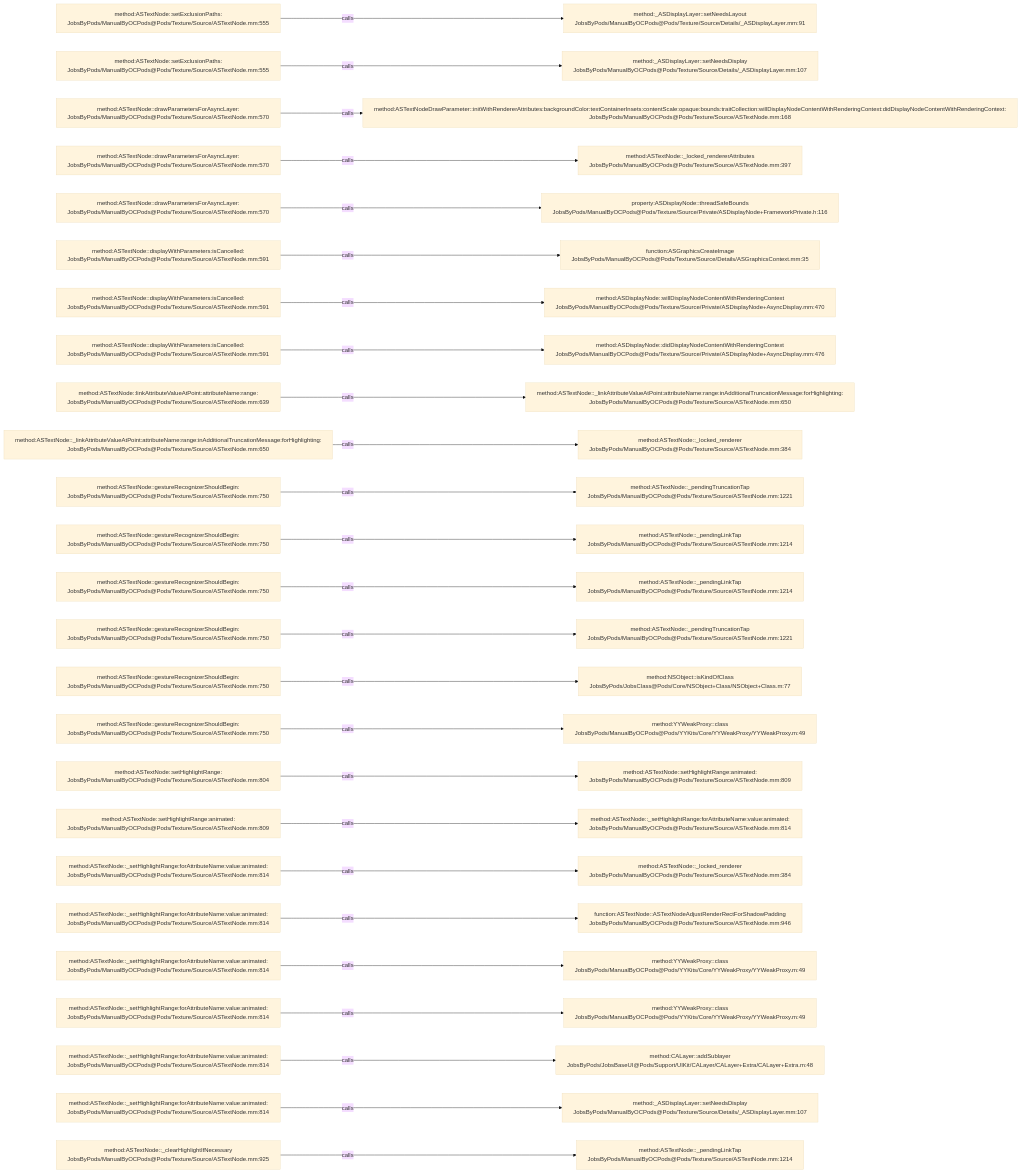
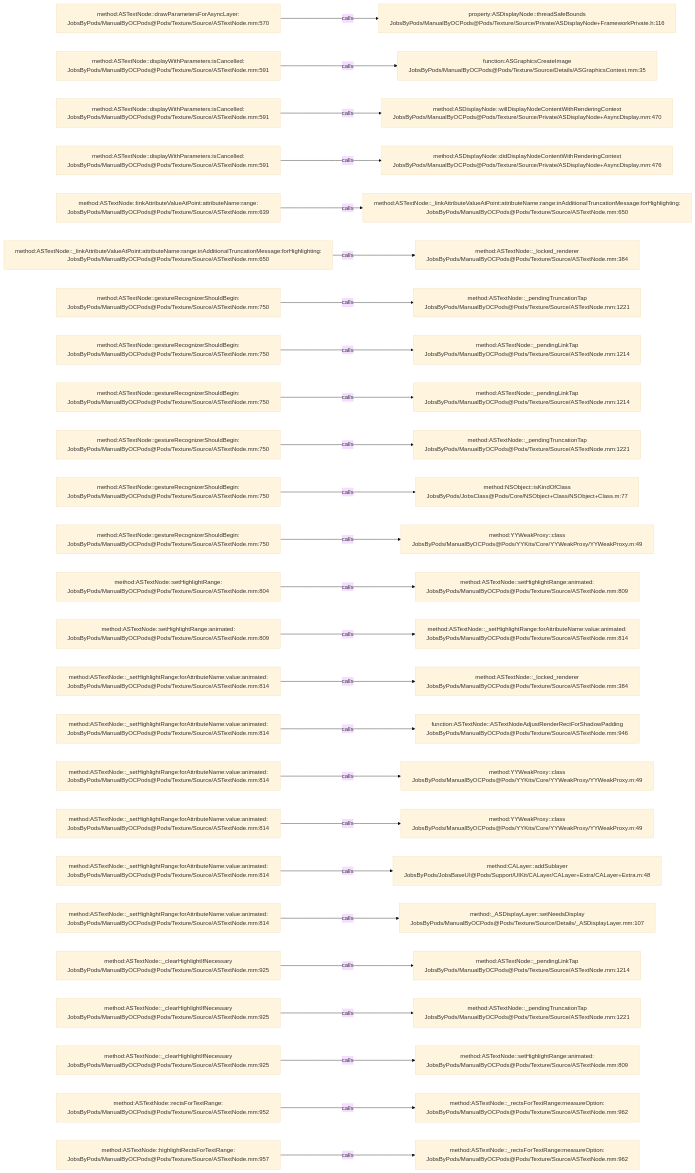
One commit to JobsKits/JobsOCBaseConfigDemo changed the diagram in .codegraph/codegraph.md/graphs/calls-133.md. Above: the diagram before and after it, drawn with Mermaid (base theme). The commit also changed 727 other files, not shown here.

````diff
--- a/.codegraph/codegraph.md/graphs/calls-133.md
+++ b/.codegraph/codegraph.md/graphs/calls-133.md
@@ -13,78 +13,78 @@
 ```mermaid
 flowchart LR
-  S1["method:ASTextNode::setExclusionPaths:<br/>JobsByPods/ManualByOCPods@Pods/Texture/Source/ASTextNode.mm:555"]
-  T1["method:_ASDisplayLayer::setNeedsLayout<br/>JobsByPods/ManualByOCPods@Pods/Texture/Source/Details/_ASDisplayLayer.mm:91"]
+  S1["method:ASTextNode::drawParametersForAsyncLayer:<br/>JobsByPods/ManualByOCPods@Pods/Texture/Source/ASTextNode.mm:570"]
+  T1["property:ASDisplayNode::threadSafeBounds<br/>JobsByPods/ManualByOCPods@Pods/Texture/Source/Private/ASDisplayNode+FrameworkPrivate.h:116"]
   S1 -->|calls| T1
-  S2["method:ASTextNode::setExclusionPaths:<br/>JobsByPods/ManualByOCPods@Pods/Texture/Source/ASTextNode.mm:555"]
-  T2["method:_ASDisplayLayer::setNeedsDisplay<br/>JobsByPods/ManualByOCPods@Pods/Texture/Source/Details/_ASDisplayLayer.mm:107"]
+  S2["method:ASTextNode::displayWithParameters:isCancelled:<br/>JobsByPods/ManualByOCPods@Pods/Texture/Source/ASTextNode.mm:591"]
+  T2["function:ASGraphicsCreateImage<br/>JobsByPods/ManualByOCPods@Pods/Texture/Source/Details/ASGraphicsContext.mm:35"]
   S2 -->|calls| T2
-  S3["method:ASTextNode::drawParametersForAsyncLayer:<br/>JobsByPods/ManualByOCPods@Pods/Texture/Source/ASTextNode.mm:570"]
-  T3["method:ASTextNodeDrawParameter::initWithRendererAttributes:backgroundColor:textContainerInsets:contentScale:opaque:bounds:traitCollection:willDisplayNodeContentWithRenderingContext:didDisplayNodeContentWithRenderingContext:<br/>JobsByPods/ManualByOCPods@Pods/Texture/Source/ASTextNode.mm:168"]
+  S3["method:ASTextNode::displayWithParameters:isCancelled:<br/>JobsByPods/ManualByOCPods@Pods/Texture/Source/ASTextNode.mm:591"]
+  T3["method:ASDisplayNode::willDisplayNodeContentWithRenderingContext<br/>JobsByPods/ManualByOCPods@Pods/Texture/Source/Private/ASDisplayNode+AsyncDisplay.mm:470"]
   S3 -->|calls| T3
-  S4["method:ASTextNode::drawParametersForAsyncLayer:<br/>JobsByPods/ManualByOCPods@Pods/Texture/Source/ASTextNode.mm:570"]
-  T4["method:ASTextNode::_locked_rendererAttributes<br/>JobsByPods/ManualByOCPods@Pods/Texture/Source/ASTextNode.mm:397"]
+  S4["method:ASTextNode::displayWithParameters:isCancelled:<br/>JobsByPods/ManualByOCPods@Pods/Texture/Source/ASTextNode.mm:591"]
+  T4["method:ASDisplayNode::didDisplayNodeContentWithRenderingContext<br/>JobsByPods/ManualByOCPods@Pods/Texture/Source/Private/ASDisplayNode+AsyncDisplay.mm:476"]
   S4 -->|calls| T4
-  S5["method:ASTextNode::drawParametersForAsyncLayer:<br/>JobsByPods/ManualByOCPods@Pods/Texture/Source/ASTextNode.mm:570"]
-  T5["property:ASDisplayNode::threadSafeBounds<br/>JobsByPods/ManualByOCPods@Pods/Texture/Source/Private/ASDisplayNode+FrameworkPrivate.h:116"]
+  S5["method:ASTextNode::linkAttributeValueAtPoint:attributeName:range:<br/>JobsByPods/ManualByOCPods@Pods/Texture/Source/ASTextNode.mm:639"]
+  T5["method:ASTextNode::_linkAttributeValueAtPoint:attributeName:range:inAdditionalTruncationMessage:forHighlighting:<br/>JobsByPods/ManualByOCPods@Pods/Texture/Source/ASTextNode.mm:650"]
   S5 -->|calls| T5
-  S6["method:ASTextNode::displayWithParameters:isCancelled:<br/>JobsByPods/ManualByOCPods@Pods/Texture/Source/ASTextNode.mm:591"]
-  T6["function:ASGraphicsCreateImage<br/>JobsByPods/ManualByOCPods@Pods/Texture/Source/Details/ASGraphicsContext.mm:35"]
+  S6["method:ASTextNode::_linkAttributeValueAtPoint:attributeName:range:inAdditionalTruncationMessage:forHighlighting:<br/>JobsByPods/ManualByOCPods@Pods/Texture/Source/ASTextNode.mm:650"]
+  T6["method:ASTextNode::_locked_renderer<br/>JobsByPods/ManualByOCPods@Pods/Texture/Source/ASTextNode.mm:384"]
   S6 -->|calls| T6
-  S7["method:ASTextNode::displayWithParameters:isCancelled:<br/>JobsByPods/ManualByOCPods@Pods/Texture/Source/ASTextNode.mm:591"]
-  T7["method:ASDisplayNode::willDisplayNodeContentWithRenderingContext<br/>JobsByPods/ManualByOCPods@Pods/Texture/Source/Private/ASDisplayNode+AsyncDisplay.mm:470"]
+  S7["method:ASTextNode::gestureRecognizerShouldBegin:<br/>JobsByPods/ManualByOCPods@Pods/Texture/Source/ASTextNode.mm:750"]
+  T7["method:ASTextNode::_pendingTruncationTap<br/>JobsByPods/ManualByOCPods@Pods/Texture/Source/ASTextNode.mm:1221"]
   S7 -->|calls| T7
-  S8["method:ASTextNode::displayWithParameters:isCancelled:<br/>JobsByPods/ManualByOCPods@Pods/Texture/Source/ASTextNode.mm:591"]
-  T8["method:ASDisplayNode::didDisplayNodeContentWithRenderingContext<br/>JobsByPods/ManualByOCPods@Pods/Texture/Source/Private/ASDisplayNode+AsyncDisplay.mm:476"]
+  S8["method:ASTextNode::gestureRecognizerShouldBegin:<br/>JobsByPods/ManualByOCPods@Pods/Texture/Source/ASTextNode.mm:750"]
+  T8["method:ASTextNode::_pendingLinkTap<br/>JobsByPods/ManualByOCPods@Pods/Texture/Source/ASTextNode.mm:1214"]
   S8 -->|calls| T8
-  S9["method:ASTextNode::linkAttributeValueAtPoint:attributeName:range:<br/>JobsByPods/ManualByOCPods@Pods/Texture/Source/ASTextNode.mm:639"]
-  T9["method:ASTextNode::_linkAttributeValueAtPoint:attributeName:range:inAdditionalTruncationMessage:forHighlighting:<br/>JobsByPods/ManualByOCPods@Pods/Texture/Source/ASTextNode.mm:650"]
+  S9["method:ASTextNode::gestureRecognizerShouldBegin:<br/>JobsByPods/ManualByOCPods@Pods/Texture/Source/ASTextNode.mm:750"]
+  T9["method:ASTextNode::_pendingLinkTap<br/>JobsByPods/ManualByOCPods@Pods/Texture/Source/ASTextNode.mm:1214"]
   S9 -->|calls| T9
-  S10["method:ASTextNode::_linkAttributeValueAtPoint:attributeName:range:inAdditionalTruncationMessage:forHighlighting:<br/>JobsByPods/ManualByOCPods@Pods/Texture/Source/ASTextNode.mm:650"]
-  T10["method:ASTextNode::_locked_renderer<br/>JobsByPods/ManualByOCPods@Pods/Texture/Source/ASTextNode.mm:384"]
+  S10["method:ASTextNode::gestureRecognizerShouldBegin:<br/>JobsByPods/ManualByOCPods@Pods/Texture/Source/ASTextNode.mm:750"]
+  T10["method:ASTextNode::_pendingTruncationTap<br/>JobsByPods/ManualByOCPods@Pods/Texture/Source/ASTextNode.mm:1221"]
   S10 -->|calls| T10
   S11["method:ASTextNode::gestureRecognizerShouldBegin:<br/>JobsByPods/ManualByOCPods@Pods/Texture/Source/ASTextNode.mm:750"]
-  T11["method:ASTextNode::_pendingTruncationTap<br/>JobsByPods/ManualByOCPods@Pods/Texture/Source/ASTextNode.mm:1221"]
+  T11["method:NSObject::isKindOfClass<br/>JobsByPods/JobsClass@Pods/Core/NSObject+Class/NSObject+Class.m:77"]
   S11 -->|calls| T11
   S12["method:ASTextNode::gestureRecognizerShouldBegin:<br/>JobsByPods/ManualByOCPods@Pods/Texture/Source/ASTextNode.mm:750"]
-  T12["method:ASTextNode::_pendingLinkTap<br/>JobsByPods/ManualByOCPods@Pods/Texture/Source/ASTextNode.mm:1214"]
+  T12["method:YYWeakProxy::class<br/>JobsByPods/ManualByOCPods@Pods/YYKits/Core/YYWeakProxy/YYWeakProxy.m:49"]
   S12 -->|calls| T12
-  S13["method:ASTextNode::gestureRecognizerShouldBegin:<br/>JobsByPods/ManualByOCPods@Pods/Texture/Source/ASTextNode.mm:750"]
-  T13["method:ASTextNode::_pendingLinkTap<br/>JobsByPods/ManualByOCPods@Pods/Texture/Source/ASTextNode.mm:1214"]
+  S13["method:ASTextNode::setHighlightRange:<br/>JobsByPods/ManualByOCPods@Pods/Texture/Source/ASTextNode.mm:804"]
+  T13["method:ASTextNode::setHighlightRange:animated:<br/>JobsByPods/ManualByOCPods@Pods/Texture/Source/ASTextNode.mm:809"]
   S13 -->|calls| T13
-  S14["method:ASTextNode::gestureRecognizerShouldBegin:<br/>JobsByPods/ManualByOCPods@Pods/Texture/Source/ASTextNode.mm:750"]
-  T14["method:ASTextNode::_pendingTruncationTap<br/>JobsByPods/ManualByOCPods@Pods/Texture/Source/ASTextNode.mm:1221"]
+  S14["method:ASTextNode::setHighlightRange:animated:<br/>JobsByPods/ManualByOCPods@Pods/Texture/Source/ASTextNode.mm:809"]
+  T14["method:ASTextNode::_setHighlightRange:forAttributeName:value:animated:<br/>JobsByPods/ManualByOCPods@Pods/Texture/Source/ASTextNode.mm:814"]
   S14 -->|calls| T14
-  S15["method:ASTextNode::gestureRecognizerShouldBegin:<br/>JobsByPods/ManualByOCPods@Pods/Texture/Source/ASTextNode.mm:750"]
-  T15["method:NSObject::isKindOfClass<br/>JobsByPods/JobsClass@Pods/Core/NSObject+Class/NSObject+Class.m:77"]
+  S15["method:ASTextNode::_setHighlightRange:forAttributeName:value:animated:<br/>JobsByPods/ManualByOCPods@Pods/Texture/Source/ASTextNode.mm:814"]
+  T15["method:ASTextNode::_locked_renderer<br/>JobsByPods/ManualByOCPods@Pods/Texture/Source/ASTextNode.mm:384"]
   S15 -->|calls| T15
-  S16["method:ASTextNode::gestureRecognizerShouldBegin:<br/>JobsByPods/ManualByOCPods@Pods/Texture/Source/ASTextNode.mm:750"]
-  T16["method:YYWeakProxy::class<br/>JobsByPods/ManualByOCPods@Pods/YYKits/Core/YYWeakProxy/YYWeakProxy.m:49"]
+  S16["method:ASTextNode::_setHighlightRange:forAttributeName:value:animated:<br/>JobsByPods/ManualByOCPods@Pods/Texture/Source/ASTextNode.mm:814"]
+  T16["function:ASTextNode::ASTextNodeAdjustRenderRectForShadowPadding<br/>JobsByPods/ManualByOCPods@Pods/Texture/Source/ASTextNode.mm:946"]
   S16 -->|calls| T16
-  S17["method:ASTextNode::setHighlightRange:<br/>JobsByPods/ManualByOCPods@Pods/Texture/Source/ASTextNode.mm:804"]
-  T17["method:ASTextNode::setHighlightRange:animated:<br/>JobsByPods/ManualByOCPods@Pods/Texture/Source/ASTextNode.mm:809"]
+  S17["method:ASTextNode::_setHighlightRange:forAttributeName:value:animated:<br/>JobsByPods/ManualByOCPods@Pods/Texture/Source/ASTextNode.mm:814"]
+  T17["method:YYWeakProxy::class<br/>JobsByPods/ManualByOCPods@Pods/YYKits/Core/YYWeakProxy/YYWeakProxy.m:49"]
   S17 -->|calls| T17
-  S18["method:ASTextNode::setHighlightRange:animated:<br/>JobsByPods/ManualByOCPods@Pods/Texture/Source/ASTextNode.mm:809"]
-  T18["method:ASTextNode::_setHighlightRange:forAttributeName:value:animated:<br/>JobsByPods/ManualByOCPods@Pods/Texture/Source/ASTextNode.mm:814"]
+  S18["method:ASTextNode::_setHighlightRange:forAttributeName:value:animated:<br/>JobsByPods/ManualByOCPods@Pods/Texture/Source/ASTextNode.mm:814"]
+  T18["method:YYWeakProxy::class<br/>JobsByPods/ManualByOCPods@Pods/YYKits/Core/YYWeakProxy/YYWeakProxy.m:49"]
   S18 -->|calls| T18
   S19["method:ASTextNode::_setHighlightRange:forAttributeName:value:animated:<br/>JobsByPods/ManualByOCPods@Pods/Texture/Source/ASTextNode.mm:814"]
-  T19["method:ASTextNode::_locked_renderer<br/>JobsByPods/ManualByOCPods@Pods/Texture/Source/ASTextNode.mm:384"]
+  T19["method:CALayer::addSublayer<br/>JobsByPods/JobsBaseUI@Pods/Support/UIKit/CALayer/CALayer+Extra/CALayer+Extra.m:48"]
   S19 -->|calls| T19
   S20["method:ASTextNode::_setHighlightRange:forAttributeName:value:animated:<br/>JobsByPods/ManualByOCPods@Pods/Texture/Source/ASTextNode.mm:814"]
-  T20["function:ASTextNode::ASTextNodeAdjustRenderRectForShadowPadding<br/>JobsByPods/ManualByOCPods@Pods/Texture/Source/ASTextNode.mm:946"]
+  T20["method:_ASDisplayLayer::setNeedsDisplay<br/>JobsByPods/ManualByOCPods@Pods/Texture/Source/Details/_ASDisplayLayer.mm:107"]
   S20 -->|calls| T20
-  S21["method:ASTextNode::_setHighlightRange:forAttributeName:value:animated:<br/>JobsByPods/ManualByOCPods@Pods/Texture/Source/ASTextNode.mm:814"]
-  T21["method:YYWeakProxy::class<br/>JobsByPods/ManualByOCPods@Pods/YYKits/Core/YYWeakProxy/YYWeakProxy.m:49"]
+  S21["method:ASTextNode::_clearHighlightIfNecessary<br/>JobsByPods/ManualByOCPods@Pods/Texture/Source/ASTextNode.mm:925"]
+  T21["method:ASTextNode::_pendingLinkTap<br/>JobsByPods/ManualByOCPods@Pods/Texture/Source/ASTextNode.mm:1214"]
   S21 -->|calls| T21
-  S22["method:ASTextNode::_setHighlightRange:forAttributeName:value:animated:<br/>JobsByPods/ManualByOCPods@Pods/Texture/Source/ASTextNode.mm:814"]
-  T22["method:YYWeakProxy::class<br/>JobsByPods/ManualByOCPods@Pods/YYKits/Core/YYWeakProxy/YYWeakProxy.m:49"]
+  S22["method:ASTextNode::_clearHighlightIfNecessary<br/>JobsByPods/ManualByOCPods@Pods/Texture/Source/ASTextNode.mm:925"]
+  T22["method:ASTextNode::_pendingTruncationTap<br/>JobsByPods/ManualByOCPods@Pods/Texture/Source/ASTextNode.mm:1221"]
   S22 -->|calls| T22
-  S23["method:ASTextNode::_setHighlightRange:forAttributeName:value:animated:<br/>JobsByPods/ManualByOCPods@Pods/Texture/Source/ASTextNode.mm:814"]
-  T23["method:CALayer::addSublayer<br/>JobsByPods/JobsBaseUI@Pods/Support/UIKit/CALayer/CALayer+Extra/CALayer+Extra.m:48"]
+  S23["method:ASTextNode::_clearHighlightIfNecessary<br/>JobsByPods/ManualByOCPods@Pods/Texture/Source/ASTextNode.mm:925"]
+  T23["method:ASTextNode::setHighlightRange:animated:<br/>JobsByPods/ManualByOCPods@Pods/Texture/Source/ASTextNode.mm:809"]
   S23 -->|calls| T23
-  S24["method:ASTextNode::_setHighlightRange:forAttributeName:value:animated:<br/>JobsByPods/ManualByOCPods@Pods/Texture/Source/ASTextNode.mm:814"]
-  T24["method:_ASDisplayLayer::setNeedsDisplay<br/>JobsByPods/ManualByOCPods@Pods/Texture/Source/Details/_ASDisplayLayer.mm:107"]
+  S24["method:ASTextNode::rectsForTextRange:<br/>JobsByPods/ManualByOCPods@Pods/Texture/Source/ASTextNode.mm:952"]
+  T24["method:ASTextNode::_rectsForTextRange:measureOption:<br/>JobsByPods/ManualByOCPods@Pods/Texture/Source/ASTextNode.mm:962"]
   S24 -->|calls| T24
-  S25["method:ASTextNode::_clearHighlightIfNecessary<br/>JobsByPods/ManualByOCPods@Pods/Texture/Source/ASTextNode.mm:925"]
-  T25["method:ASTextNode::_pendingLinkTap<br/>JobsByPods/ManualByOCPods@Pods/Texture/Source/ASTextNode.mm:1214"]
+  S25["method:ASTextNode::highlightRectsForTextRange:<br/>JobsByPods/ManualByOCPods@Pods/Texture/Source/ASTextNode.mm:957"]
+  T25["method:ASTextNode::_rectsForTextRange:measureOption:<br/>JobsByPods/ManualByOCPods@Pods/Texture/Source/ASTextNode.mm:962"]
   S25 -->|calls| T25
 ```
````
